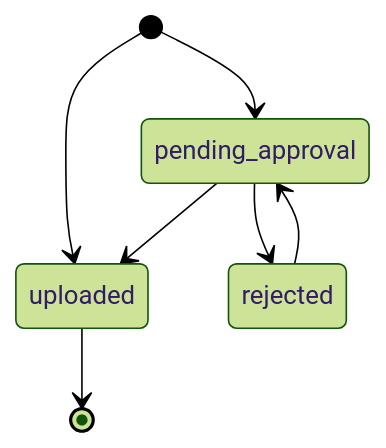
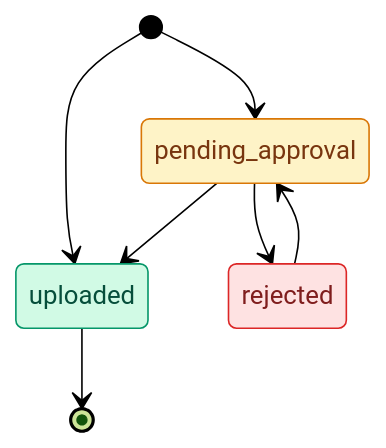
Before and after one commit to SubhanRaj/pdf-markdown-pipeline: the first of 6 diagrams in APP_FLOW.md, drawn with Mermaid (forest theme). The commit also changed other lines of this file and 1 other file, not shown here.

First line of the commit message:
docs: add color styling to mermaid diagrams in APP_FLOW.md and OCR_RESEARCH.md

````diff
--- a/APP_FLOW.md
+++ b/APP_FLOW.md
@@ -17,9 +17,17 @@
 ```mermaid
 stateDiagram-v2
+    classDef pending fill:#fef3c7,stroke:#d97706,color:#78350f
+    classDef good fill:#d1fae5,stroke:#059669,color:#064e3b
+    classDef bad fill:#fee2e2,stroke:#dc2626,color:#7f1d1d
+
     [*] --> pending_approval
     [*] --> uploaded
     pending_approval --> uploaded
     pending_approval --> rejected
     rejected --> pending_approval
     uploaded --> [*]
+
+    class pending_approval pending
+    class uploaded good
+    class rejected bad
 ```
````
